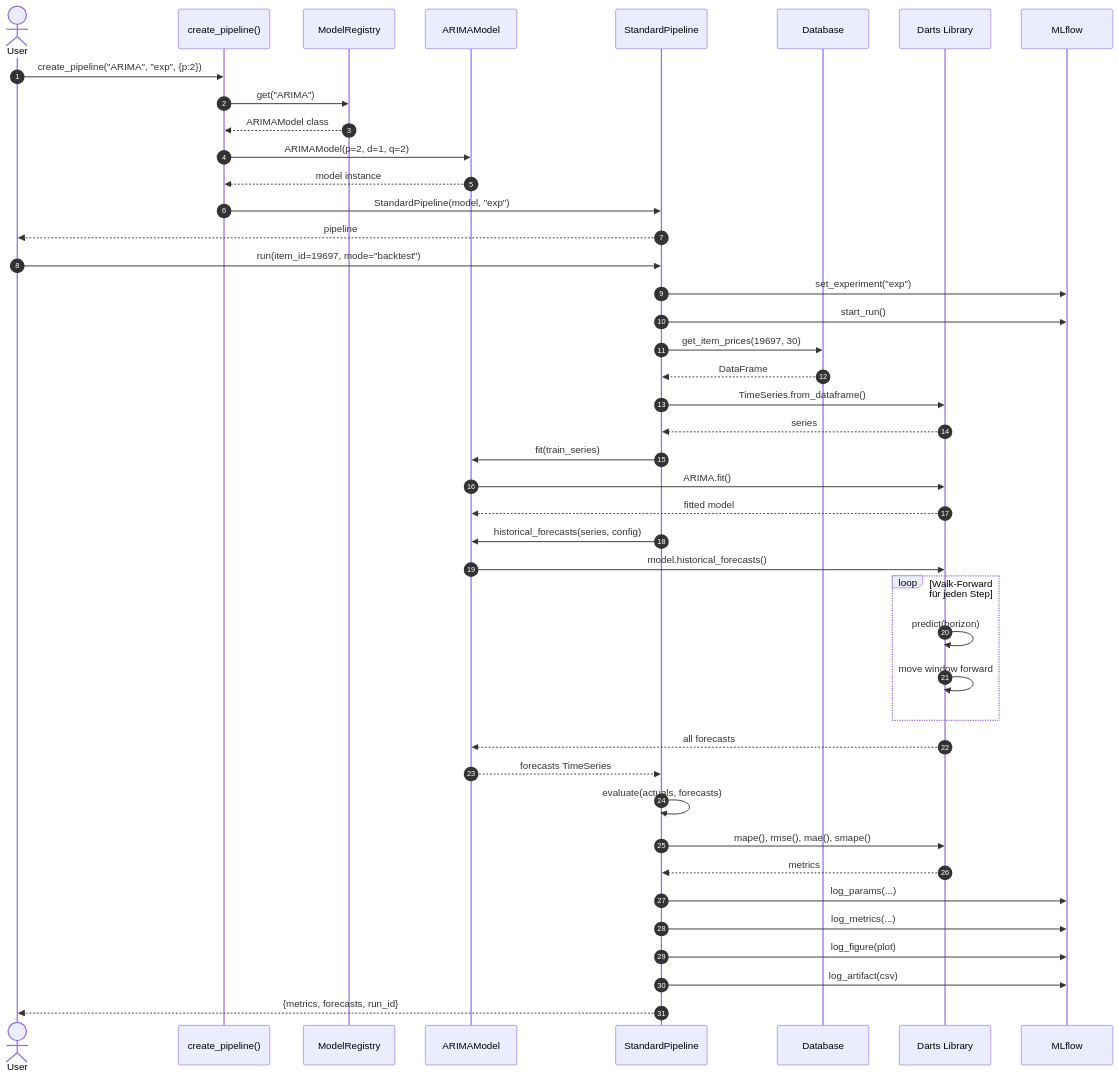
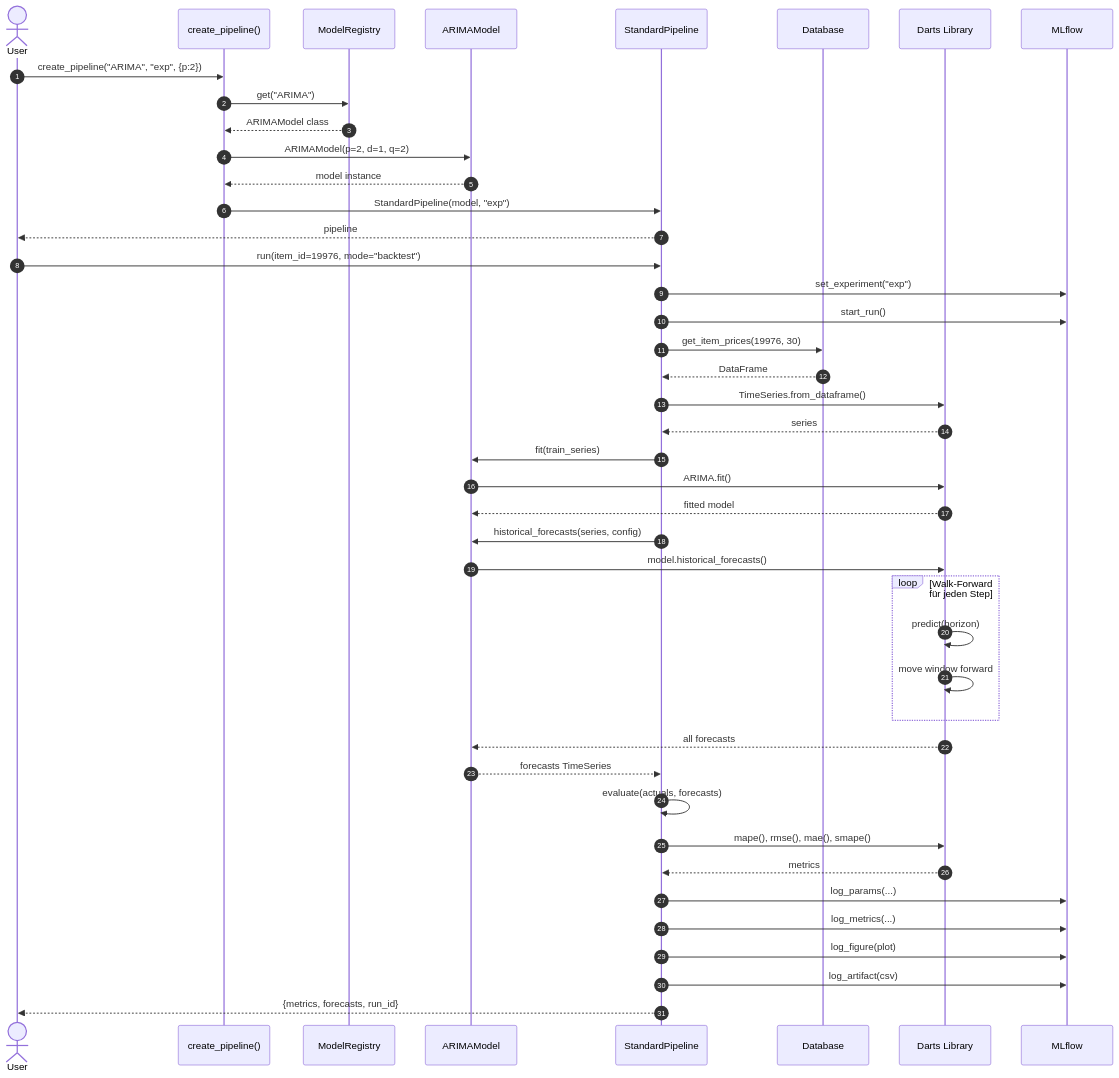
Before and after one commit to danielmuxel/casml4se-stonkswagen: the eighth of 10 diagrams in specs/pipeline_flowchart.md, drawn with Mermaid. The commit also changed other lines of this file and 2 other files, not shown here.

Commit message:
Update item ID references from 19697 to 19976 across multiple documentation files for consistency in data retrieval and forecasting processes related to the Mystic Coin.

````diff
--- a/specs/pipeline_flowchart.md
+++ b/specs/pipeline_flowchart.md
@@ -388,58 +388,58 @@
 ```mermaid
 sequenceDiagram
     autonumber
     
     actor User
     participant Factory as create_pipeline()
     participant Registry as ModelRegistry
     participant Model as ARIMAModel
     participant Pipeline as StandardPipeline
     participant DB as Database
     participant Darts as Darts Library
     participant MLflow as MLflow
     
     User->>Factory: create_pipeline("ARIMA", "exp", {p:2})
     Factory->>Registry: get("ARIMA")
     Registry-->>Factory: ARIMAModel class
     Factory->>Model: ARIMAModel(p=2, d=1, q=2)
     Model-->>Factory: model instance
     Factory->>Pipeline: StandardPipeline(model, "exp")
     Pipeline-->>User: pipeline
     
-    User->>Pipeline: run(item_id=19697, mode="backtest")
+    User->>Pipeline: run(item_id=19976, mode="backtest")
     
     Pipeline->>MLflow: set_experiment("exp")
     Pipeline->>MLflow: start_run()
     
-    Pipeline->>DB: get_item_prices(19697, 30)
+    Pipeline->>DB: get_item_prices(19976, 30)
     DB-->>Pipeline: DataFrame
     
     Pipeline->>Darts: TimeSeries.from_dataframe()
     Darts-->>Pipeline: series
     
     Pipeline->>Model: fit(train_series)
     Model->>Darts: ARIMA.fit()
     Darts-->>Model: fitted model
     
     Pipeline->>Model: historical_forecasts(series, config)
     Model->>Darts: model.historical_forecasts()
     
     loop Walk-Forward für jeden Step
         Darts->>Darts: predict(horizon)
         Darts->>Darts: move window forward
     end
     
     Darts-->>Model: all forecasts
     Model-->>Pipeline: forecasts TimeSeries
     
     Pipeline->>Pipeline: evaluate(actuals, forecasts)
     Pipeline->>Darts: mape(), rmse(), mae(), smape()
     Darts-->>Pipeline: metrics
     
     Pipeline->>MLflow: log_params(...)
     Pipeline->>MLflow: log_metrics(...)
     Pipeline->>MLflow: log_figure(plot)
     Pipeline->>MLflow: log_artifact(csv)
     
     Pipeline-->>User: {metrics, forecasts, run_id}
 ```
````
